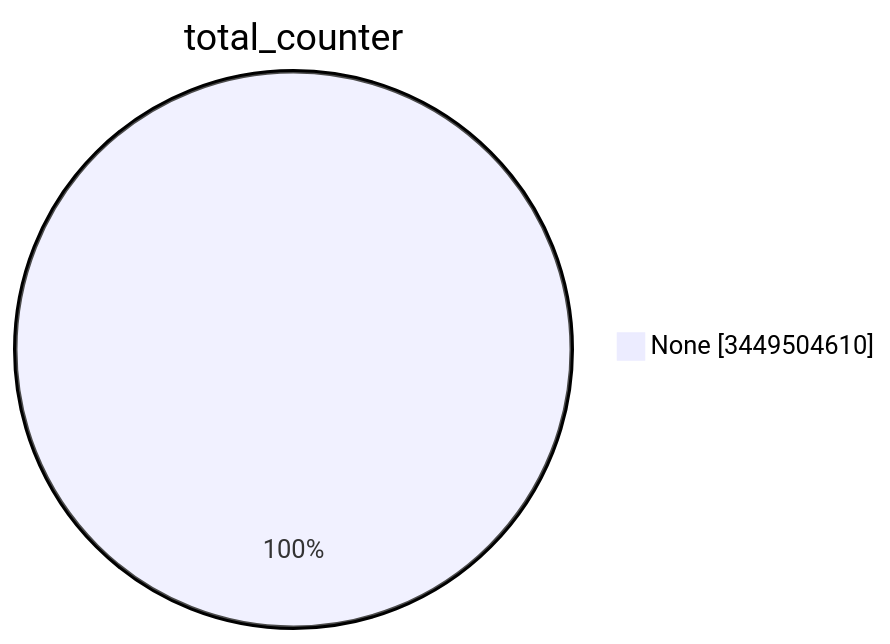
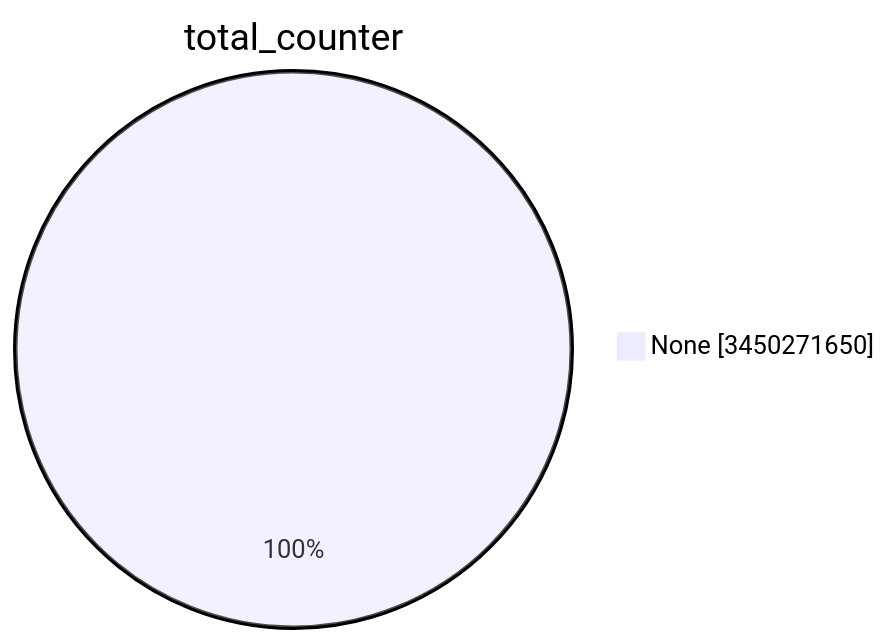
One commit to christiankrug/ctmonitor_visualization changed the first of 15 diagrams in TOTAL/README.md. Above: the diagram before and after it, drawn with Mermaid. The commit also changed other lines of this file, not shown here.

````diff
--- a/TOTAL/README.md
+++ b/TOTAL/README.md
@@ -1,5 +1,5 @@
 ```mermaid
 pie showData
 title total_counter
-"None" :3449504610
+"None" :3450271650
 ```
````
